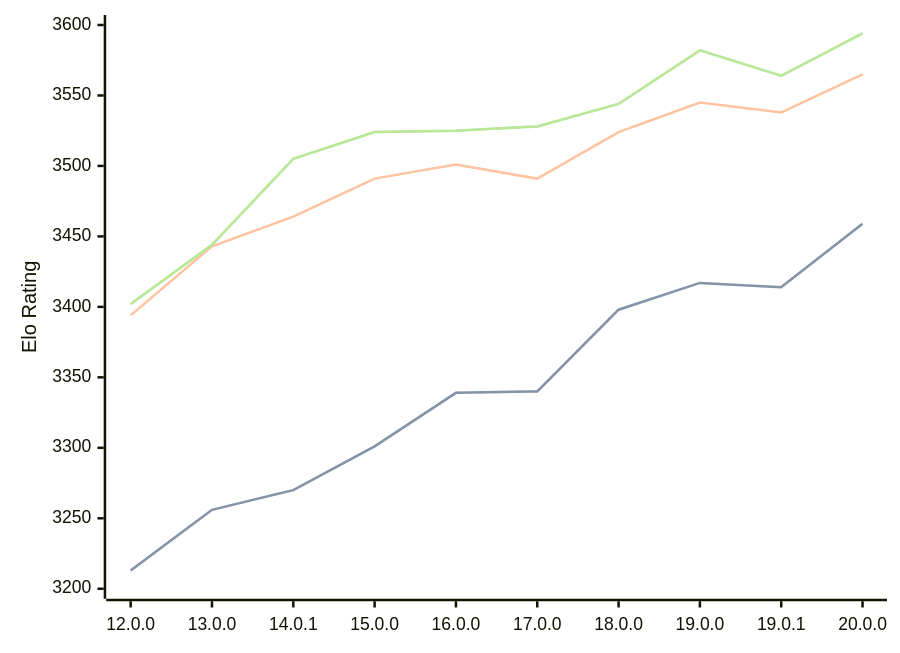
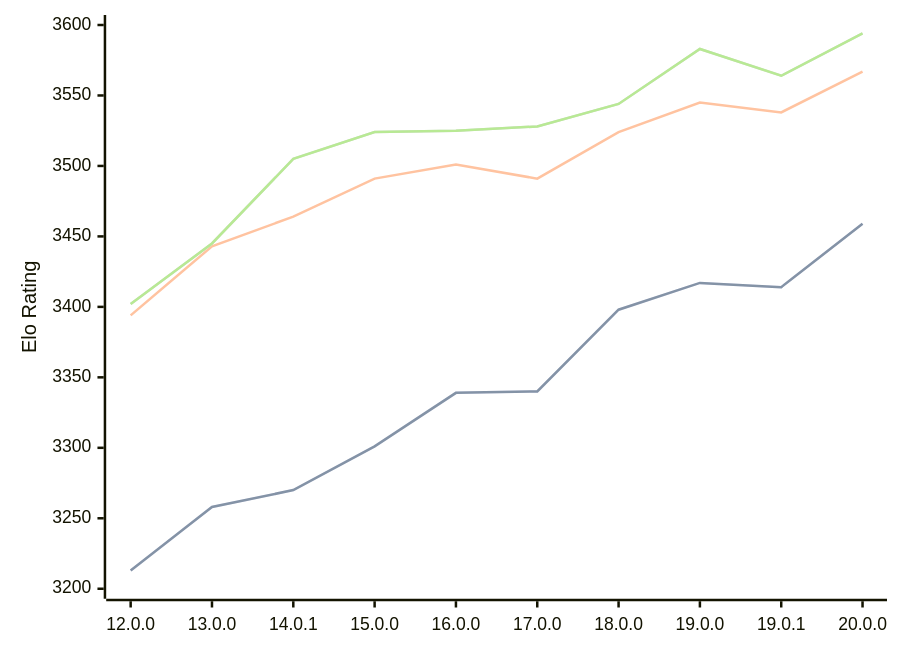
One commit to computer-chess-index/cci changed the diagram in engines/Viridithas.md. Above: the diagram before and after it, drawn with Mermaid. The commit also changed other lines of this file, not shown here.

Commit message:
Update CCI Ratings (ELO VLTC) - 2026-09-26

````diff
--- a/engines/Viridithas.md
+++ b/engines/Viridithas.md
@@ -40,11 +40,11 @@
 ```mermaid
 %%{init: {"theme":"base","themeVariables":{"seriesColors:['#a3a3a3','#222221','#faa371']}}}%%
 xychart-beta
   x-axis ["12.0.0", "13.0.0", "14.0.1", "15.0.0", "16.0.0", "17.0.0", "18.0.0", "19.0.0", "19.0.1", "20.0.0"]
   y-axis "Elo Rating" 3200 --> 3600
-  line "" [3213, 3256, 3270, 3301, 3339, 3340, 3398, 3417, 3414, 3459]
-  line "STC (8.0+0.08s)" [3213, 3256, 3270, 3301, 3339, 3340, 3398, 3417, 3414, 3459]
-  line "LTC (60.0+0.60s)" [3394, 3443, 3464, 3491, 3501, 3491, 3524, 3545, 3538, 3565]
-  line "" [3402, 3444, 3505, 3524, 3525, 3528, 3544, 3582, 3564, 3594]
-  line "VLTC (2m24s+1.12s)" [3402, 3444, 3505, 3524, 3525, 3528, 3544, 3582, 3564, 3594]
+  line "" [3213, 3258, 3270, 3301, 3339, 3340, 3398, 3417, 3414, 3459]
+  line "STC (8.0+0.08s)" [3213, 3258, 3270, 3301, 3339, 3340, 3398, 3417, 3414, 3459]
+  line "LTC (60.0+0.60s)" [3394, 3443, 3464, 3491, 3501, 3491, 3524, 3545, 3538, 3567]
+  line "" [3402, 3445, 3505, 3524, 3525, 3528, 3544, 3583, 3564, 3594]
+  line "VLTC (2m24s+1.12s)" [3402, 3445, 3505, 3524, 3525, 3528, 3544, 3583, 3564, 3594]
 ```
````
